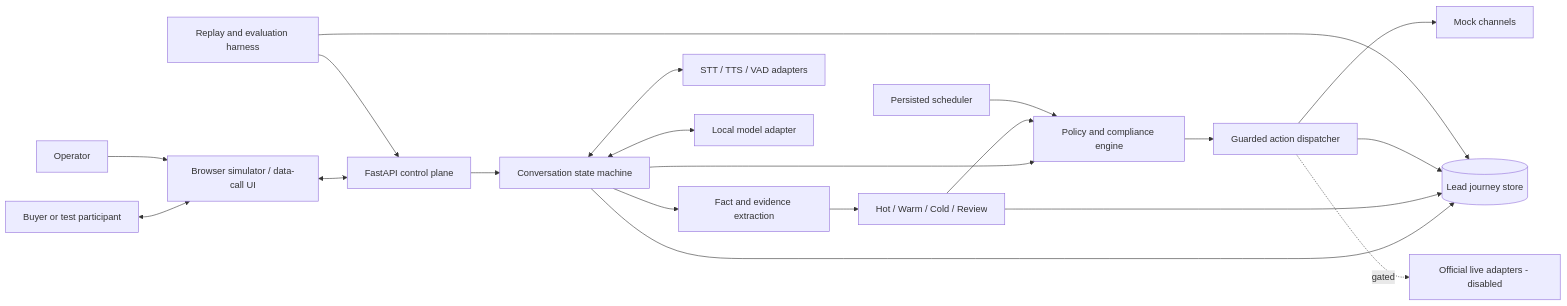
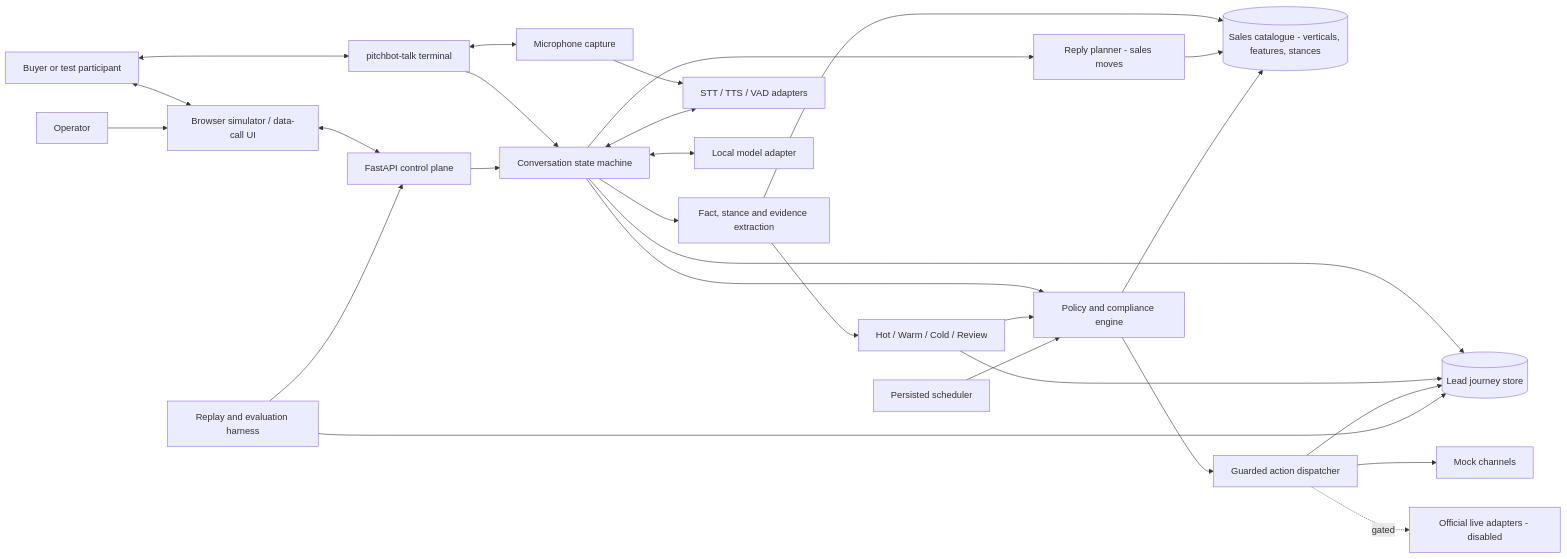
One commit to ishu-dvd/pitchBot changed the first of 8 diagrams in docs/ARCHITECTURE.md. Above: the diagram before and after it, drawn with Mermaid. The commit also changed other lines of this file and 23 other files, not shown here.

````diff
--- a/docs/ARCHITECTURE.md
+++ b/docs/ARCHITECTURE.md
@@ -19,39 +25,51 @@
 ```mermaid
 flowchart LR
     Buyer[Buyer or test participant]
     Operator[Operator]
     UI[Browser simulator / data-call UI]
+    CLI[pitchbot-talk terminal]
+    Mic[Microphone capture]
     API[FastAPI control plane]
     Conversation[Conversation state machine]
+    Planner[Reply planner - sales moves]
+    Catalog[(Sales catalogue - verticals, features, stances)]
     Policy[Policy and compliance engine]
-    Extractor[Fact and evidence extraction]
+    Extractor[Fact, stance and evidence extraction]
     Classifier[Hot / Warm / Cold / Review]
     Store[(Lead journey store)]
     Scheduler[Persisted scheduler]
     Actions[Guarded action dispatcher]
     Speech[STT / TTS / VAD adapters]
     Model[Local model adapter]
     Mock[Mock channels]
     Live[Official live adapters - disabled]
     Evals[Replay and evaluation harness]
 
     Buyer <--> UI
+    Buyer <--> CLI
     Operator --> UI
+    CLI <--> Mic
+    Mic --> Speech
     UI <--> API
+    CLI --> Conversation
     API --> Conversation
     Conversation --> Extractor
     Extractor --> Classifier
+    Extractor --> Catalog
+    Conversation --> Planner
+    Planner --> Catalog
     Conversation <--> Speech
     Conversation <--> Model
     Conversation --> Policy
     Classifier --> Policy
+    Policy --> Catalog
     Policy --> Actions
     Conversation --> Store
     Classifier --> Store
     Actions --> Store
     Scheduler --> Policy
     Actions --> Mock
     Actions -. gated .-> Live
     Evals --> API
     Evals --> Store
 ```
````
